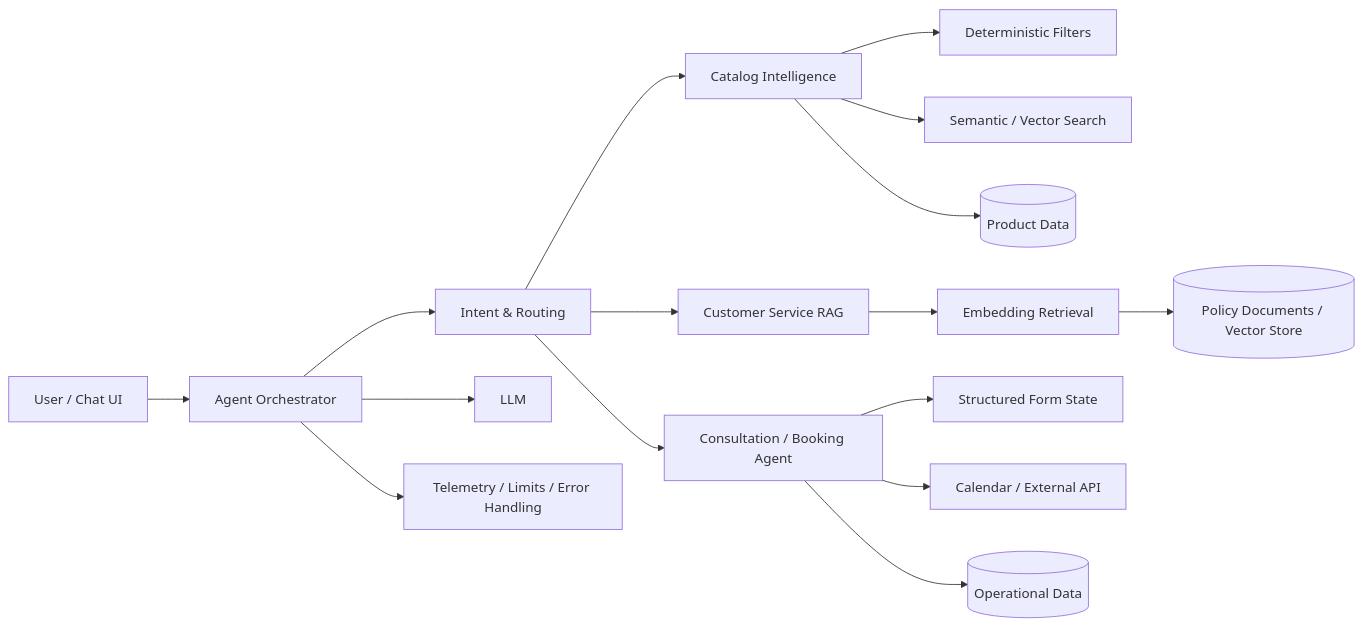
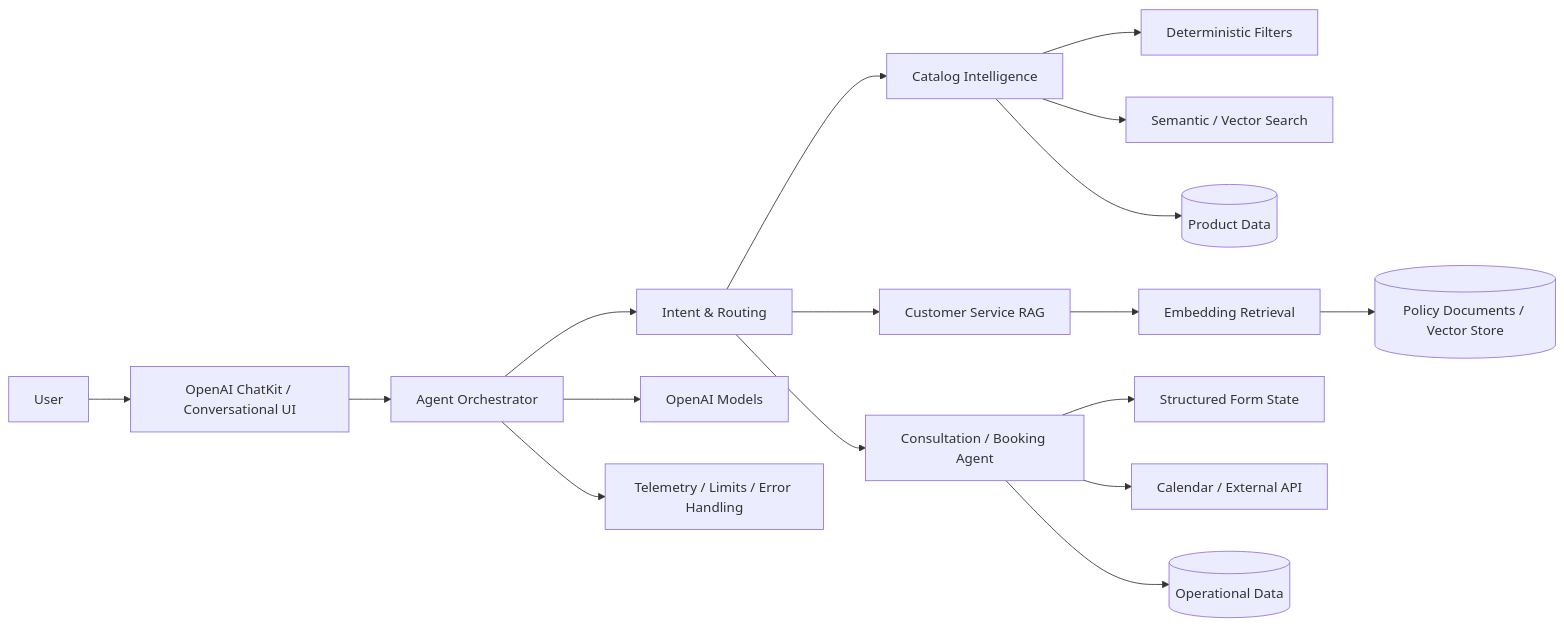
The first of 2 diagrams in case-studies/agentic-commerce.md (komatadi/engineering-portfolio), drawn with Mermaid before and after one commit. The commit also changed other lines of this file, not shown here.

Commit message:
Add OpenAI ChatKit and Supabase architecture detail

````diff
--- a/case-studies/agentic-commerce.md
+++ b/case-studies/agentic-commerce.md
@@ -11,22 +11,23 @@
 ```mermaid
 flowchart LR
-    U[User / Chat UI] --> O[Agent Orchestrator]
+    U[User] --> UI[OpenAI ChatKit / Conversational UI]
+    UI --> O[Agent Orchestrator]
     O --> I[Intent & Routing]
     I --> C[Catalog Intelligence]
     I --> S[Customer Service RAG]
     I --> B[Consultation / Booking Agent]
 
     C --> F[Deterministic Filters]
     C --> V[Semantic / Vector Search]
     C --> P[(Product Data)]
 
     S --> E[Embedding Retrieval]
     E --> D[(Policy Documents / Vector Store)]
 
     B --> X[Structured Form State]
     B --> M[Calendar / External API]
     B --> Q[(Operational Data)]
 
-    O --> L[LLM]
+    O --> L[OpenAI Models]
     O --> T[Telemetry / Limits / Error Handling]
 ```
````
